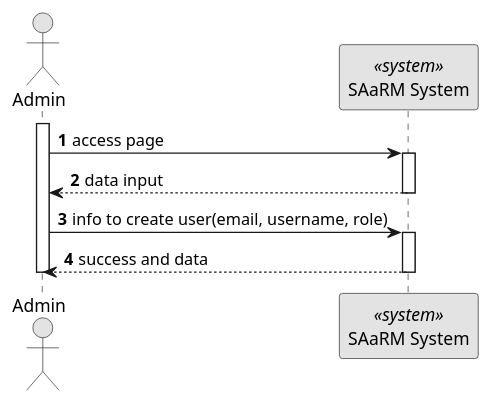
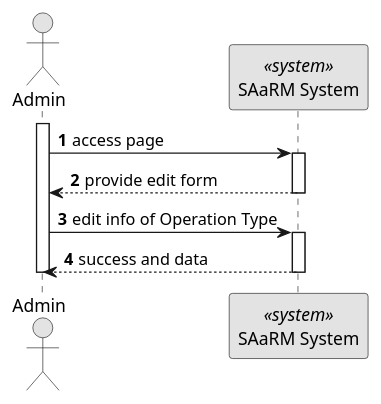
The diagram in docs/BackofficeModule/6.2.19/sequence-diagram-1.puml (Ana-Miguel-Silva/SurgicalAppointmentAndResourceManagement), drawn with PlantUML before and after one commit. The commit also changed 27 other files, not shown here.

```diff
--- a/docs/BackofficeModule/6.2.19/sequence-diagram-1.puml
+++ b/docs/BackofficeModule/6.2.19/sequence-diagram-1.puml
@@ -1,26 +1,27 @@
-@startuml 5.1.1
+@startuml 5.1.21
 skinparam monochrome true
 skinparam packageStyle rectangle
 skinparam shadowing false
 
 autonumber
 
 actor "Admin" as AD
 participant "SAaRM System" as SYS <<system>>
 
 activate AD
 AD -> SYS: access page
 activate SYS
-SYS --> AD : data input
+SYS --> AD: provide edit form
 deactivate SYS
-AD -> SYS : info to create user(email, username, role)
+AD -> SYS : edit info of Operation Type
 activate SYS
+
 SYS --> AD : success and data
 
 deactivate SYS
 
 deactivate AD
 
 
 
 @enduml
```
